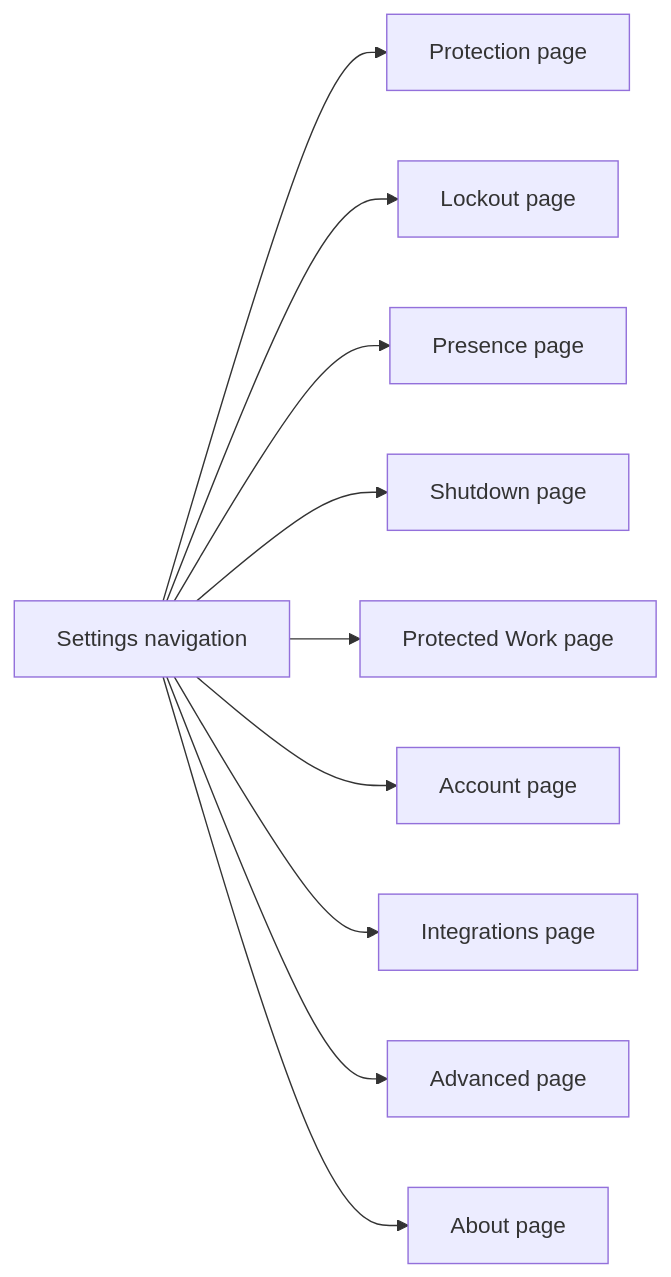
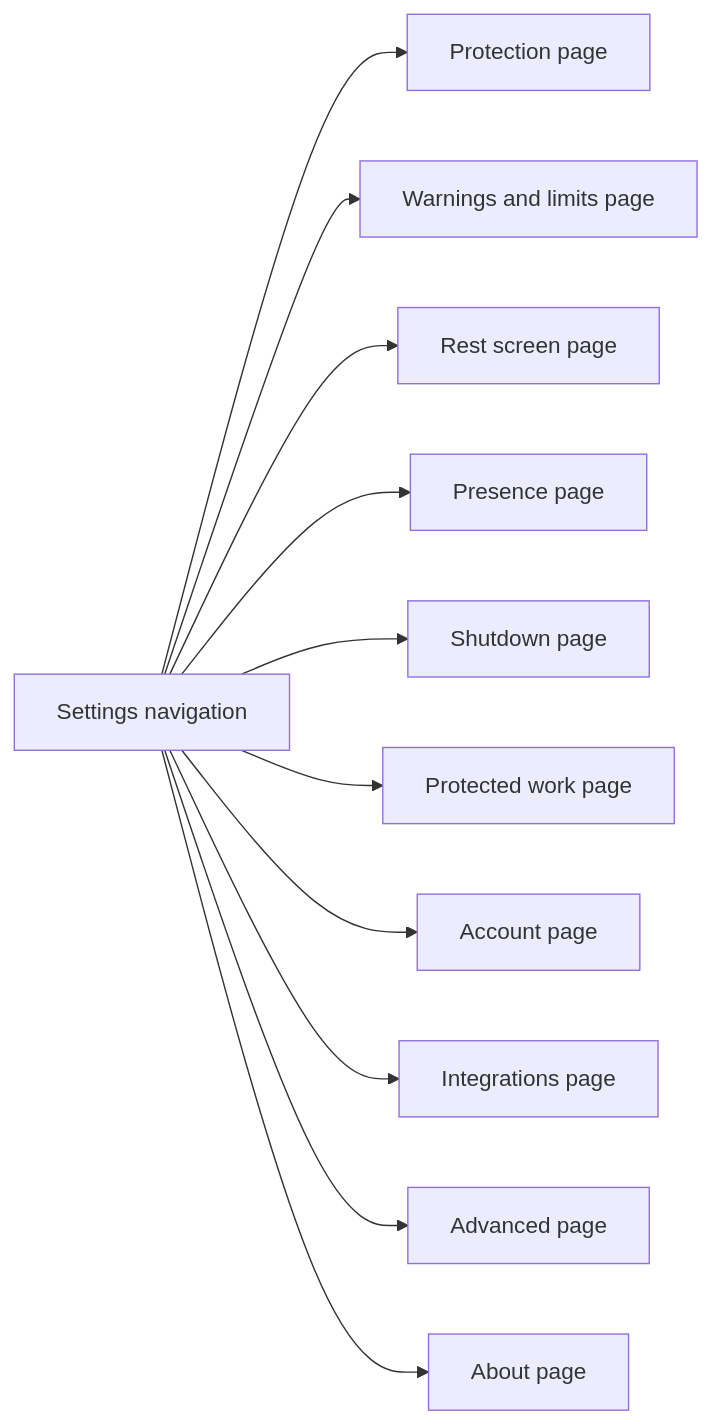
Before and after one commit to TheHypertextStudio/curfew: the diagram in Documentation/settings-ui.md, drawn with Mermaid. The commit also changed other lines of this file and 33 other files, not shown here.

````diff
--- a/Documentation/settings-ui.md
+++ b/Documentation/settings-ui.md
@@ -17,12 +17,13 @@
 ```mermaid
 flowchart LR
     Navigation[Settings navigation] --> Protection[Protection page]
-    Navigation --> Lockout[Lockout page]
+    Navigation --> Limits[Warnings and limits page]
+    Navigation --> Rest[Rest screen page]
     Navigation --> Presence[Presence page]
     Navigation --> Shutdown[Shutdown page]
-    Navigation --> Work[Protected Work page]
+    Navigation --> Work[Protected work page]
     Navigation --> Account[Account page]
     Navigation --> Integrations[Integrations page]
     Navigation --> Advanced[Advanced page]
     Navigation --> About[About page]
 ```
````
